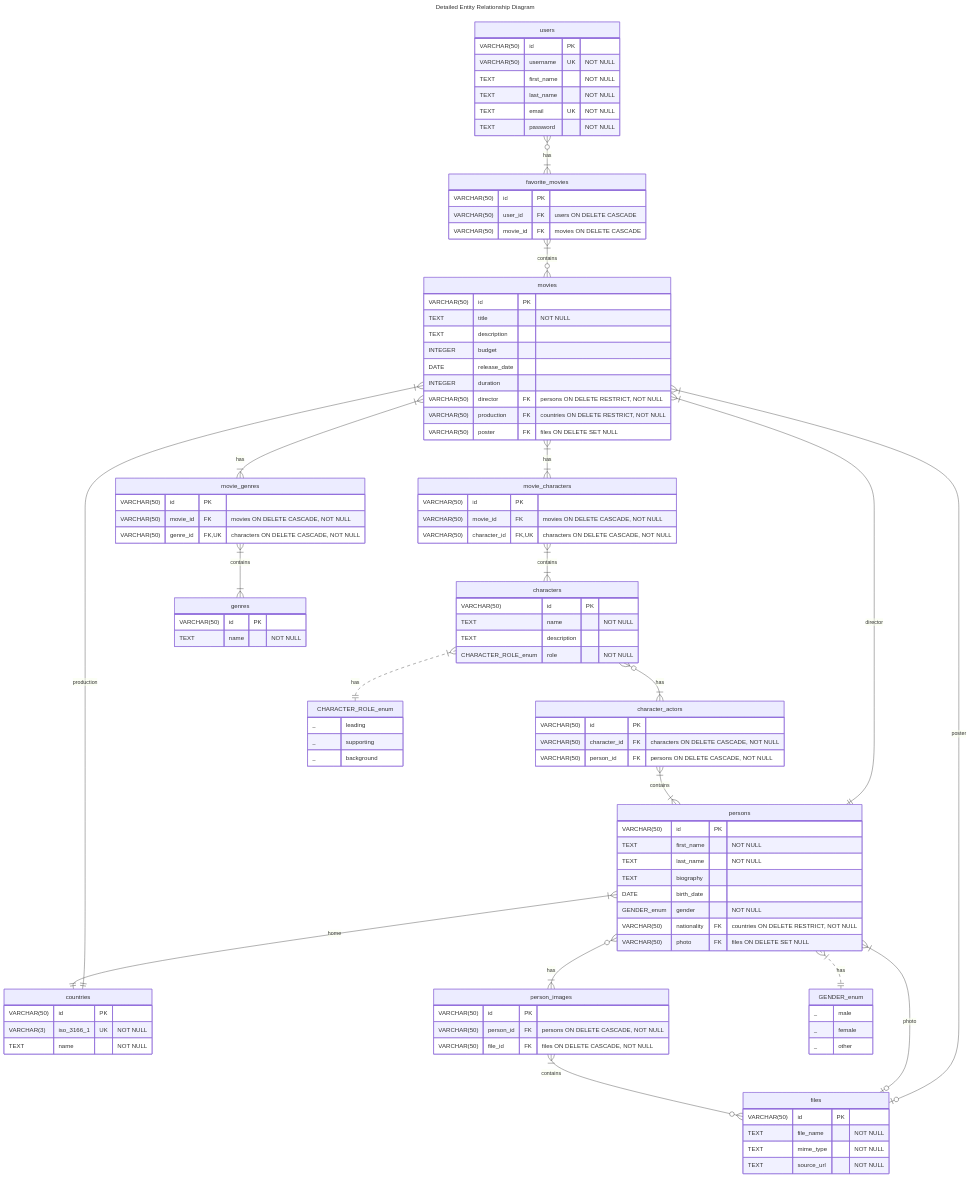
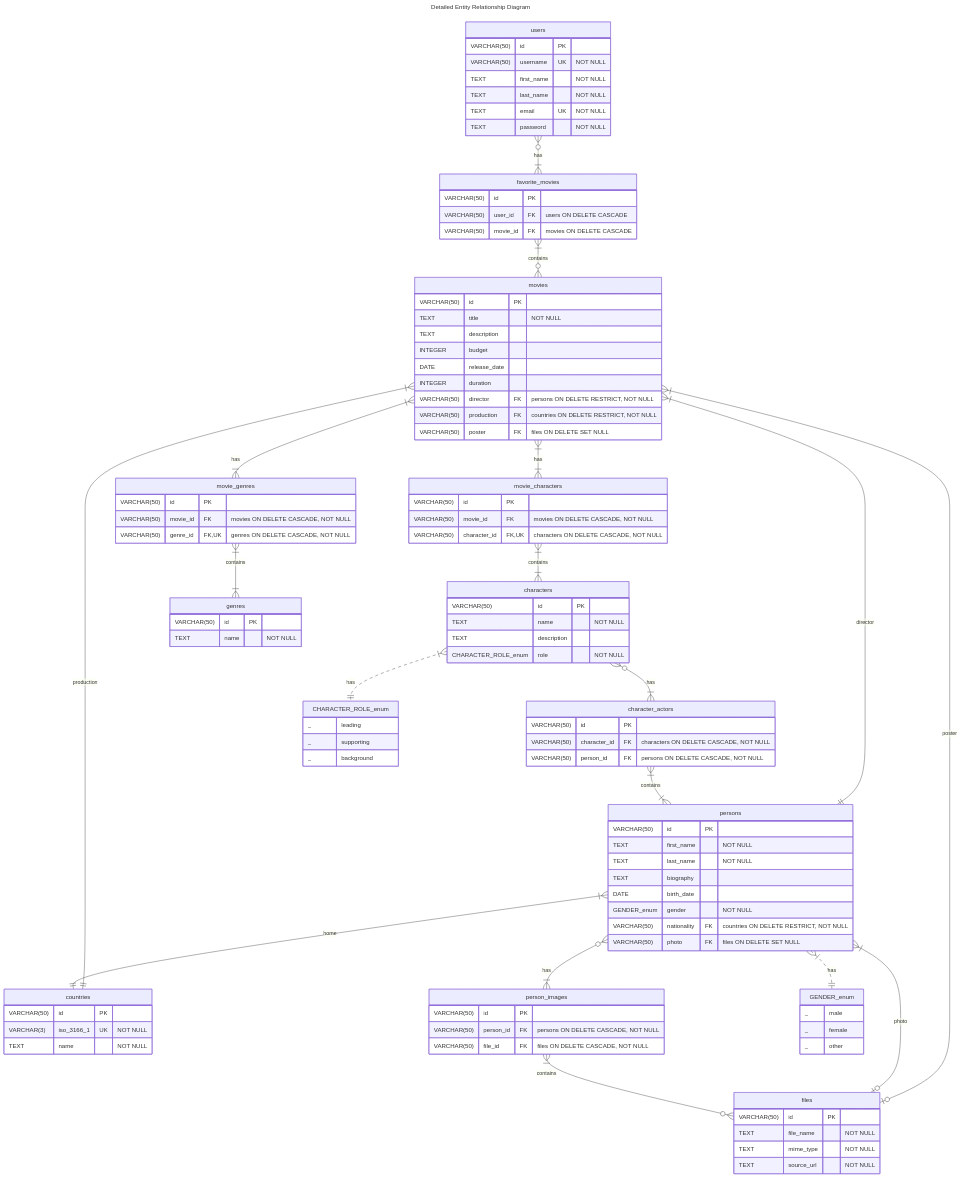
The second of 2 diagrams in README.md (KeidsID/bsa-2024-db-sql), drawn with Mermaid before and after one commit.

Commit message:
docs: fix README.md typo

```diff
--- a/README.md
+++ b/README.md
@@ -96,7 +96,7 @@
   movie_genres {
     VARCHAR(50) id PK
     VARCHAR(50) movie_id FK "movies ON DELETE CASCADE, NOT NULL"
-    VARCHAR(50) genre_id FK,UK "characters ON DELETE CASCADE, NOT NULL"
+    VARCHAR(50) genre_id FK,UK "genres ON DELETE CASCADE, NOT NULL"
   }
 
   enum_cr[CHARACTER_ROLE_enum] {
```
